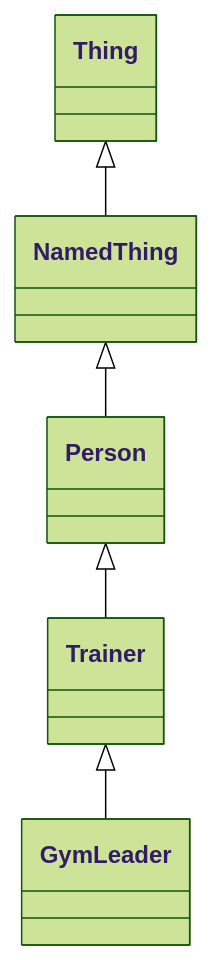
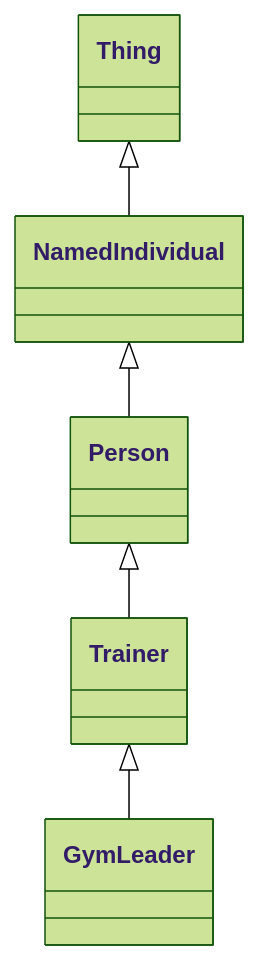
One commit to vladistan/linkml-pokemon changed diagram 19 of 42 in project/datadict.md. Above: the diagram before and after it, drawn with Mermaid (forest theme). The commit also changed other lines of this file and 18 other files, not shown here.

Commit message:
Final tweaks to the schema

````diff
--- a/project/datadict.md
+++ b/project/datadict.md
@@ -813,8 +850,8 @@
 ```mermaid
 classDiagram
-NamedThing <|-- Person
+NamedIndividual <|-- Person
 Person <|-- Trainer
-Thing <|-- NamedThing
+Thing <|-- NamedIndividual
 Trainer <|-- GymLeader
 
 ```
````
